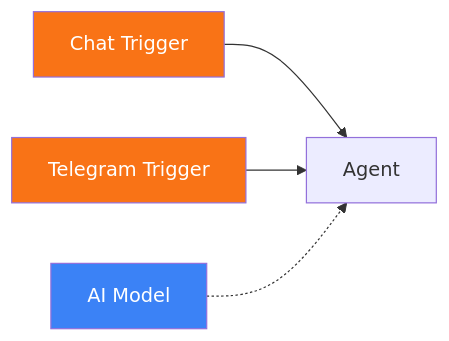
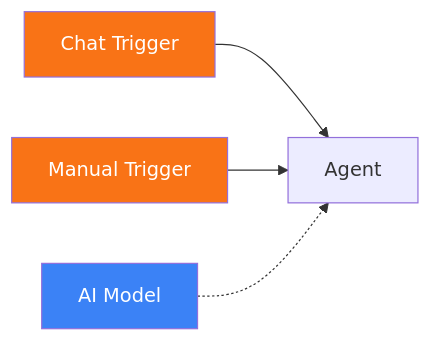
Before and after one commit to theuselessai/Pipelit: the second of 2 diagrams in docs-site/docs/components/triggers/chat.md, drawn with Mermaid. The commit also changed other lines of this file and 58 other files, not shown here.

````diff
--- a/docs-site/docs/components/triggers/chat.md
+++ b/docs-site/docs/components/triggers/chat.md
@@ -79,10 +80,10 @@
 ```mermaid
 graph LR
     CT[Chat Trigger] --> AG[Agent]
-    TT[Telegram Trigger] --> AG
+    TM[Manual Trigger] --> AG
     AM[AI Model] -.-> AG
 
     style CT fill:#f97316,color:white
-    style TT fill:#f97316,color:white
+    style TM fill:#f97316,color:white
     style AM fill:#3b82f6,color:white
 ```
````
